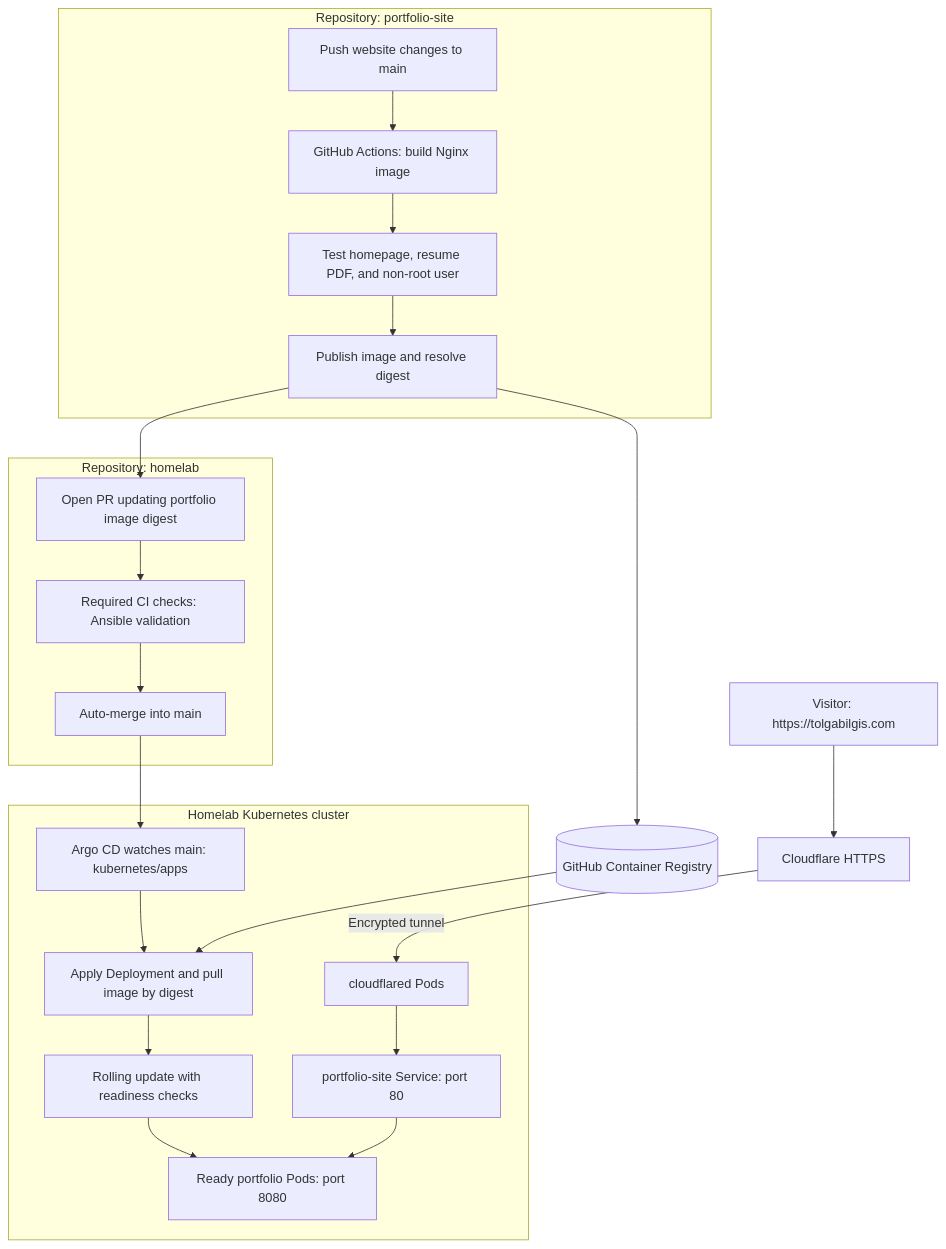
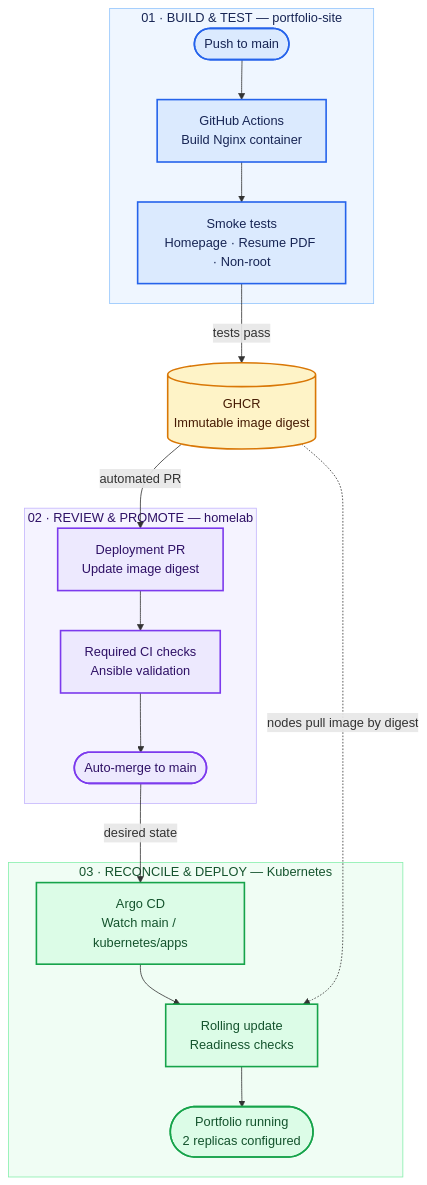
The first of 2 diagrams in README.md (TolgaBilgis/portfolio-site), drawn with Mermaid before and after one commit. The commit also changed other lines of this file, not shown here.

Commit message:
docs: style delivery pipeline and visitor traffic diagrams

````diff
--- a/README.md
+++ b/README.md
@@ -13,39 +15,35 @@
 ```mermaid
-flowchart TD
-    subgraph APP["Repository: portfolio-site"]
-        A["Push website changes to main"]
-        B["GitHub Actions: build Nginx image"]
-        C["Test homepage, resume PDF, and non-root user"]
-        D["Publish image and resolve digest"]
-        A --> B --> C --> D
+flowchart TB
+    subgraph SOURCE["01 · BUILD & TEST — portfolio-site"]
+        A(["Push to main"]) --> B["GitHub Actions<br/>Build Nginx container"]
+        B --> C["Smoke tests<br/>Homepage · Resume PDF · Non-root"]
     end
 
-    GHCR[("GitHub Container Registry")]
-    D --> GHCR
+    C -->|"tests pass"| D[("GHCR<br/>Immutable image digest")]
 
-    subgraph INFRA["Repository: homelab"]
-        F["Open PR updating portfolio image digest"]
-        G["Required CI checks: Ansible validation"]
-        H["Auto-merge into main"]
-        F --> G --> H
+    subgraph CONFIG["02 · REVIEW & PROMOTE — homelab"]
+        E["Deployment PR<br/>Update image digest"] --> F["Required CI checks<br/>Ansible validation"]
+        F --> G(["Auto-merge to main"])
     end
-    D --> F
+    D -->|"automated PR"| E
 
-    subgraph K8S["Homelab Kubernetes cluster"]
-        I["Argo CD watches main: kubernetes/apps"]
-        J["Apply Deployment and pull image by digest"]
-        K["Rolling update with readiness checks"]
-        P["Ready portfolio Pods: port 8080"]
-        T["cloudflared Pods"]
-        S["portfolio-site Service: port 80"]
-        I --> J --> K --> P
-        T --> S --> P
+    subgraph CLUSTER["03 · RECONCILE & DEPLOY — Kubernetes"]
+        H["Argo CD<br/>Watch main / kubernetes/apps"]
+        H --> I["Rolling update<br/>Readiness checks"]
+        I --> J(["Portfolio running<br/>2 replicas configured"])
     end
-    H --> I
-    GHCR --> J
+    G -->|"desired state"| H
+    D -.->|"nodes pull image by digest"| I
 
-    V["Visitor: https://tolgabilgis.com"]
-    CF["Cloudflare HTTPS"]
-    V --> CF
-    CF -->|"Encrypted tunnel"| T
+    classDef source fill:#dbeafe,stroke:#2563eb,color:#172554,stroke-width:2px;
+    classDef registry fill:#fef3c7,stroke:#d97706,color:#451a03,stroke-width:2px;
+    classDef config fill:#ede9fe,stroke:#7c3aed,color:#2e1065,stroke-width:2px;
+    classDef runtime fill:#dcfce7,stroke:#16a34a,color:#14532d,stroke-width:2px;
+    class A,B,C source;
+    class D registry;
+    class E,F,G config;
+    class H,I,J runtime;
+    style SOURCE fill:#eff6ff,stroke:#93c5fd,color:#172554
+    style CONFIG fill:#f5f3ff,stroke:#c4b5fd,color:#2e1065
+    style CLUSTER fill:#f0fdf4,stroke:#86efac,color:#14532d
 ```
````
